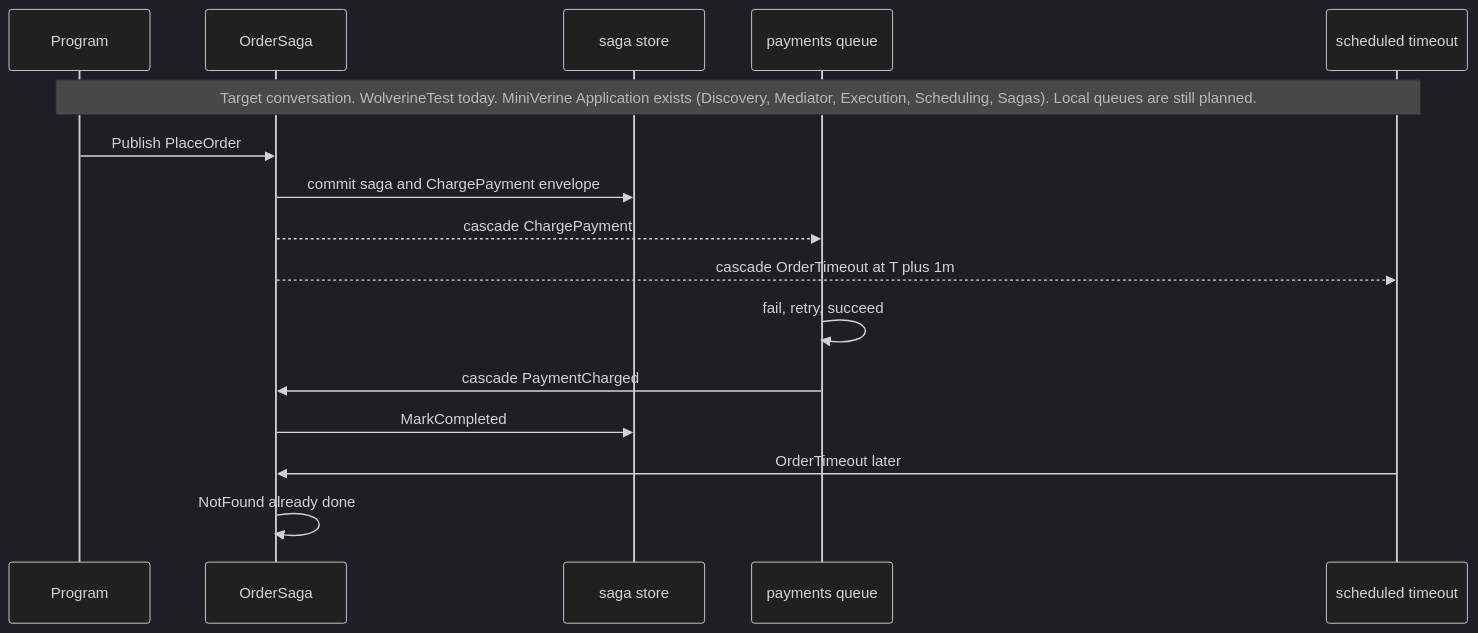
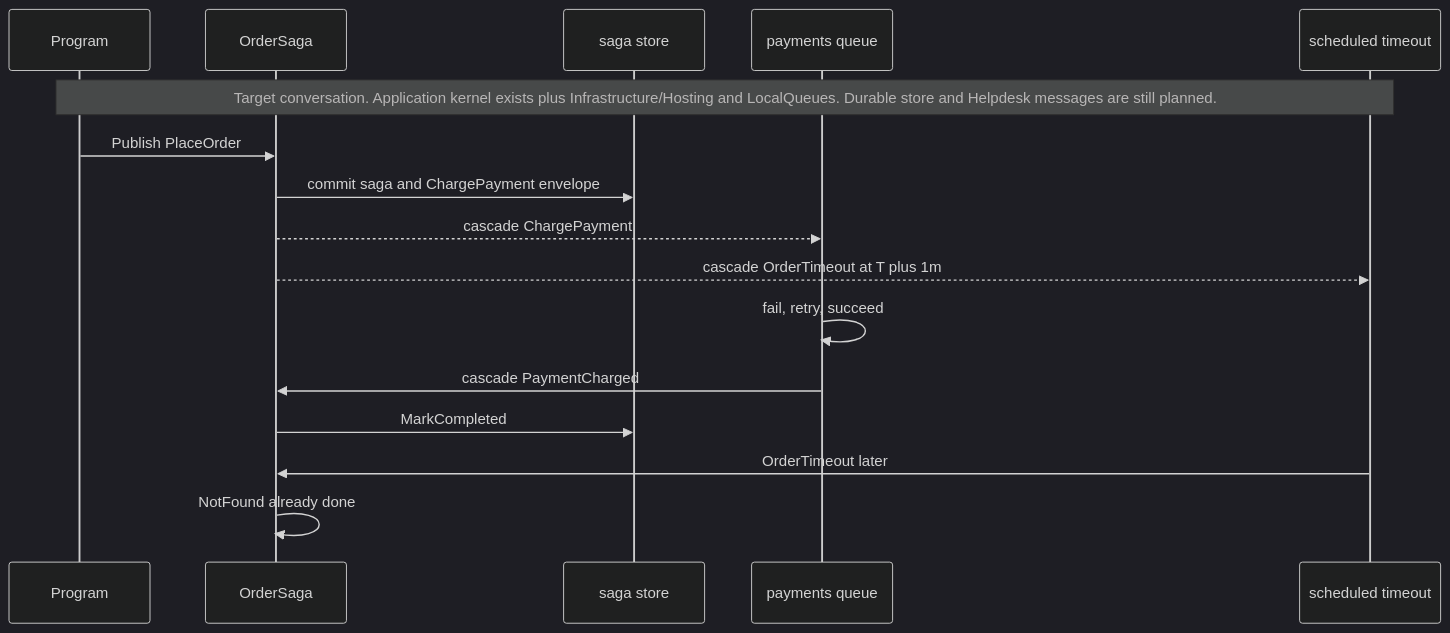
One commit to charliemartin0/Hansom changed the diagram in README.md. Above: the diagram before and after it, drawn with Mermaid (dark theme). The commit also changed other lines of this file and 1 other file, not shown here.

First line of the commit message:
docs: promote LocalQueues to done; remove LocalQueuesPlan

````diff
--- a/README.md
+++ b/README.md
@@ -15,20 +15,20 @@
 ```mermaid
 sequenceDiagram
     participant Program
     participant Saga as OrderSaga
     participant Store as saga store
     participant Payments as payments queue
     participant Clock as scheduled timeout
 
-    Note over Program,Clock: Target conversation. WolverineTest today. MiniVerine Application exists (Discovery, Mediator, Execution, Scheduling, Sagas). Local queues are still planned.
+    Note over Program,Clock: Target conversation. Application kernel exists plus Infrastructure/Hosting and LocalQueues. Durable store and Helpdesk messages are still planned.
 
     Program->>Saga: Publish PlaceOrder
     Saga->>Store: commit saga and ChargePayment envelope
     Saga-->>Payments: cascade ChargePayment
     Saga-->>Clock: cascade OrderTimeout at T plus 1m
     Payments->>Payments: fail, retry, succeed
     Payments->>Saga: cascade PaymentCharged
     Saga->>Store: MarkCompleted
     Clock->>Saga: OrderTimeout later
     Saga->>Saga: NotFound already done
 ```
````
